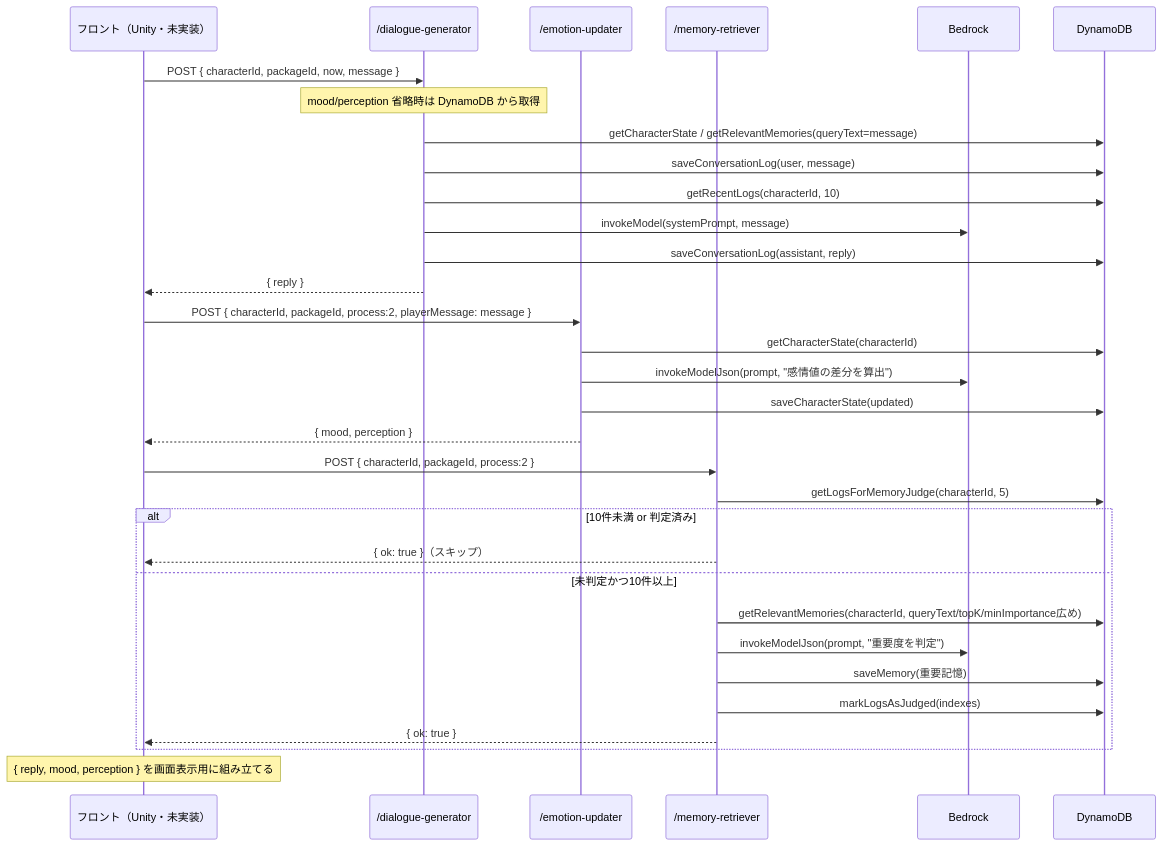
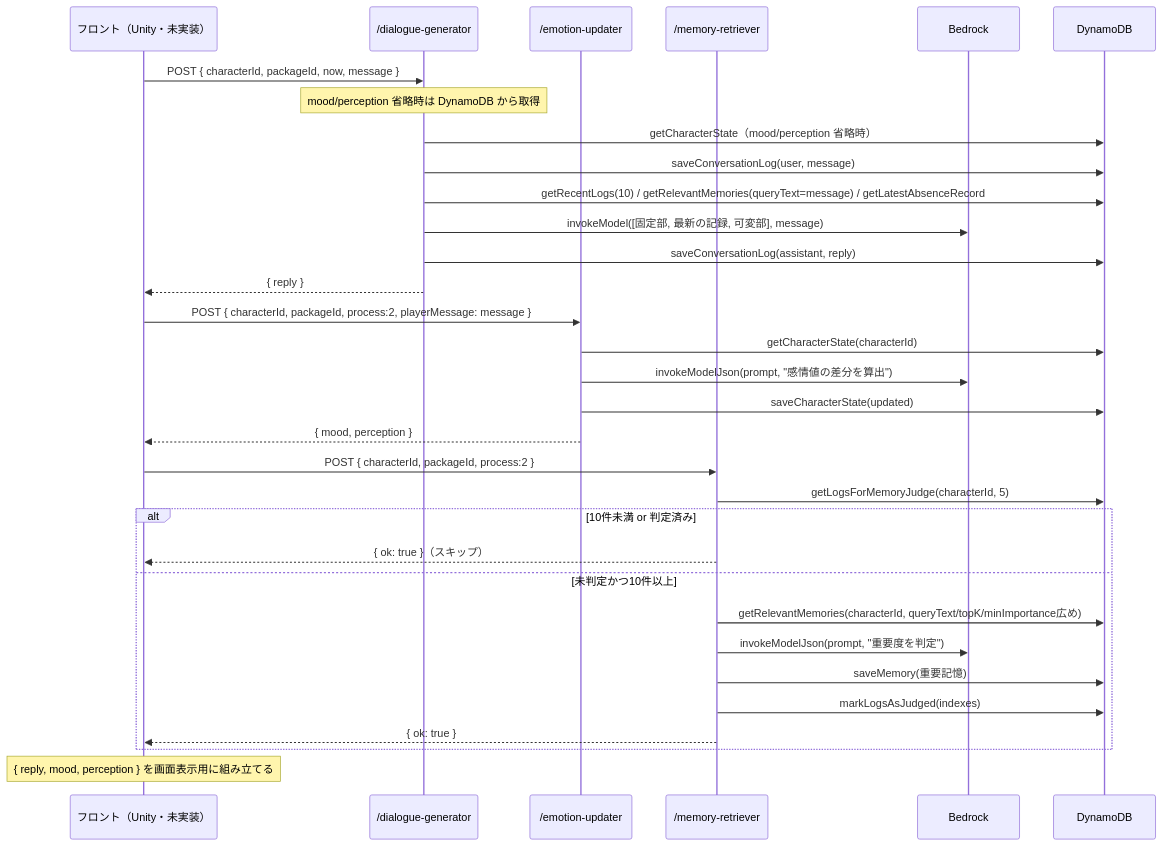
Before and after one commit to yatohana1231-ux/vtuber-simulator-api: the sixth of 10 diagrams in README.md, drawn with Mermaid. The commit also changed other lines of this file and 3 other files, not shown here.

````diff
--- a/README.md
+++ b/README.md
@@ -299,38 +306,38 @@
 ```mermaid
 sequenceDiagram
     participant Front as フロント（Unity・未実装）
     participant DG as /dialogue-generator
     participant EU as /emotion-updater
     participant MR as /memory-retriever
     participant BK as Bedrock
     participant DB as DynamoDB
 
     Front->>DG: POST { characterId, packageId, now, message }
     Note over DG: mood/perception 省略時は DynamoDB から取得
-    DG->>DB: getCharacterState / getRelevantMemories(queryText=message)
+    DG->>DB: getCharacterState（mood/perception 省略時）
     DG->>DB: saveConversationLog(user, message)
-    DG->>DB: getRecentLogs(characterId, 10)
-    DG->>BK: invokeModel(systemPrompt, message)
+    DG->>DB: getRecentLogs(10) / getRelevantMemories(queryText=message) / getLatestAbsenceRecord
+    DG->>BK: invokeModel([固定部, 最新の記録, 可変部], message)
     DG->>DB: saveConversationLog(assistant, reply)
     DG-->>Front: { reply }
 
     Front->>EU: POST { characterId, packageId, process:2, playerMessage: message }
     EU->>DB: getCharacterState(characterId)
     EU->>BK: invokeModelJson(prompt, "感情値の差分を算出")
     EU->>DB: saveCharacterState(updated)
     EU-->>Front: { mood, perception }
 
     Front->>MR: POST { characterId, packageId, process:2 }
     MR->>DB: getLogsForMemoryJudge(characterId, 5)
     alt 10件未満 or 判定済み
         MR-->>Front: { ok: true }（スキップ）
     else 未判定かつ10件以上
         MR->>DB: getRelevantMemories(characterId, queryText/topK/minImportance広め)
         MR->>BK: invokeModelJson(prompt, "重要度を判定")
         MR->>DB: saveMemory(重要記憶)
         MR->>DB: markLogsAsJudged(indexes)
         MR-->>Front: { ok: true }
     end
 
     Note over Front: { reply, mood, perception } を画面表示用に組み立てる
 ```
````
